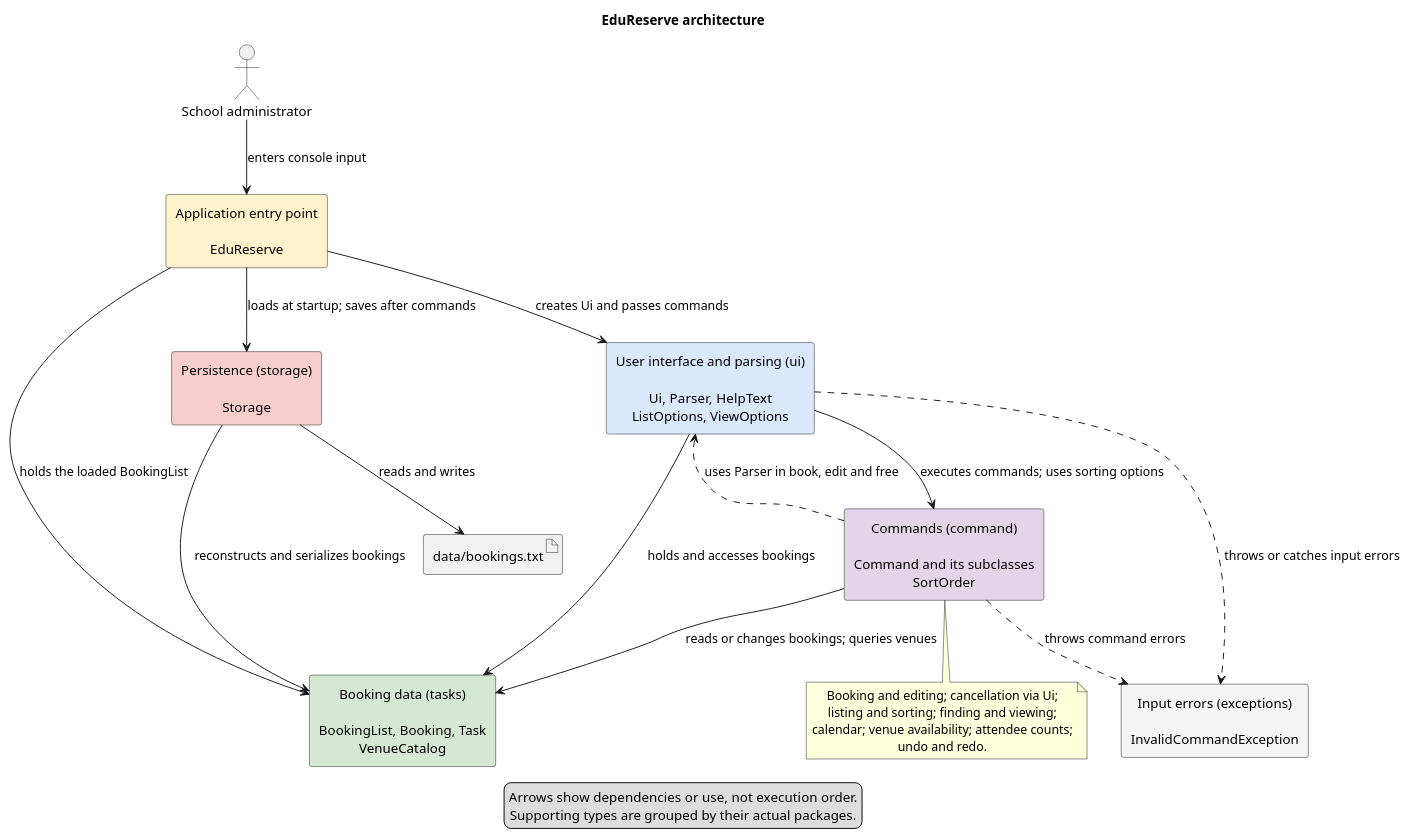
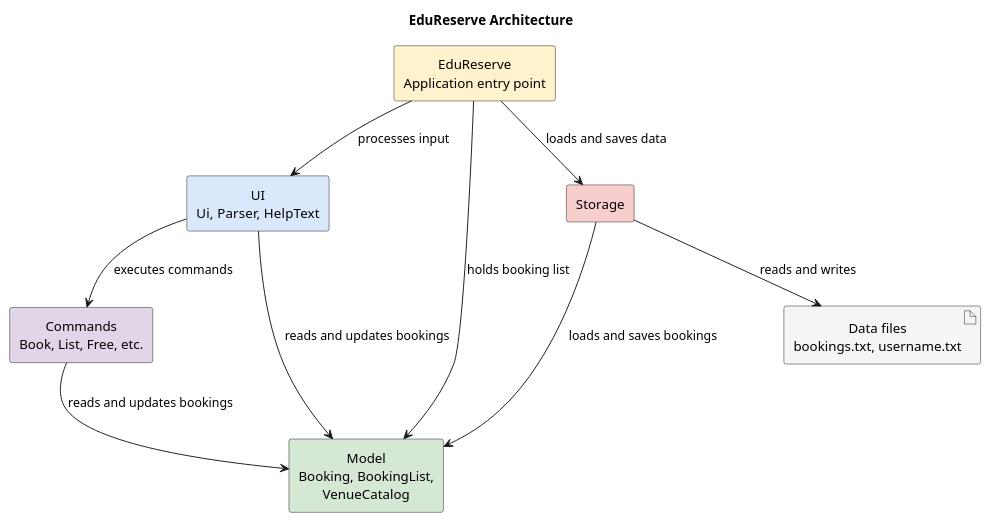
The diagram in docs/UMLDiagrams/ArchitectureDiagram.puml (AY2627S1-CS2113-W14-2/tp), drawn with PlantUML before and after one commit. The commit also changed 15 other files, not shown here.

Commit message:
Added 1 hour slot for free command, Created PPP for kyle, Updated dev and user guides

```diff
--- a/docs/UMLDiagrams/ArchitectureDiagram.puml
+++ b/docs/UMLDiagrams/ArchitectureDiagram.puml
@@ -1,45 +1,27 @@
 @startuml
-title EduReserve architecture
+title EduReserve Architecture
 
-top to bottom direction
 skinparam componentStyle rectangle
 skinparam shadowing false
 skinparam defaultTextAlignment center
+top to bottom direction
 
-actor "School administrator" as User
+component "EduReserve\nApplication entry point" as App #FFF2CC
+component "UI\nUi, Parser, HelpText" as UI #DAE8FC
+component "Commands\nBook, List, Free, etc." as Commands #E1D5E7
+component "Model\nBooking, BookingList,\nVenueCatalog" as Model #D5E8D4
+component "Storage" as Storage #F8CECC
+artifact "Data files\nbookings.txt, username.txt" as Files #F5F5F5
 
-component "Application entry point\n\nEduReserve" as App #FFF2CC
-component "User interface and parsing (ui)\n\nUi, Parser, HelpText\nListOptions, ViewOptions" as UI #DAE8FC
-component "Commands (command)\n\nCommand and its subclasses\nSortOrder" as Commands #E1D5E7
-component "Booking data (tasks)\n\nBookingList, Booking, Task\nVenueCatalog" as Model #D5E8D4
-component "Persistence (storage)\n\nStorage" as Storage #F8CECC
-component "Input errors (exceptions)\n\nInvalidCommandException" as Errors #F5F5F5
-artifact "data/bookings.txt" as File
+App --> UI : processes input
+App --> Storage : loads and saves data
+App --> Model : holds booking list
 
-User --> App : enters console input
-App --> UI : creates Ui and passes commands
-App --> Storage : loads at startup; saves after commands
-App --> Model : holds the loaded BookingList
+UI --> Commands : executes commands
+UI --> Model : reads and updates bookings
 
-UI --> Commands : executes commands; uses sorting options
-UI --> Model : holds and accesses bookings
-Commands ..> UI : uses Parser in book, edit and free
-Commands --> Model : reads or changes bookings; queries venues
-Storage --> Model : reconstructs and serializes bookings
-Storage --> File : reads and writes
+Commands --> Model : reads and updates bookings
+Storage --> Model : loads and saves bookings
+Storage --> Files : reads and writes
 
-UI ..> Errors : throws or catches input errors
-Commands ..> Errors : throws command errors
-
-note bottom of Commands
-  Booking and editing; cancellation via Ui;
-  listing and sorting; finding and viewing;
-  calendar; venue availability; attendee counts;
-  undo and redo.
-end note
-
-legend bottom
-  Arrows show dependencies or use, not execution order.
-  Supporting types are grouped by their actual packages.
-endlegend
 @enduml
```
